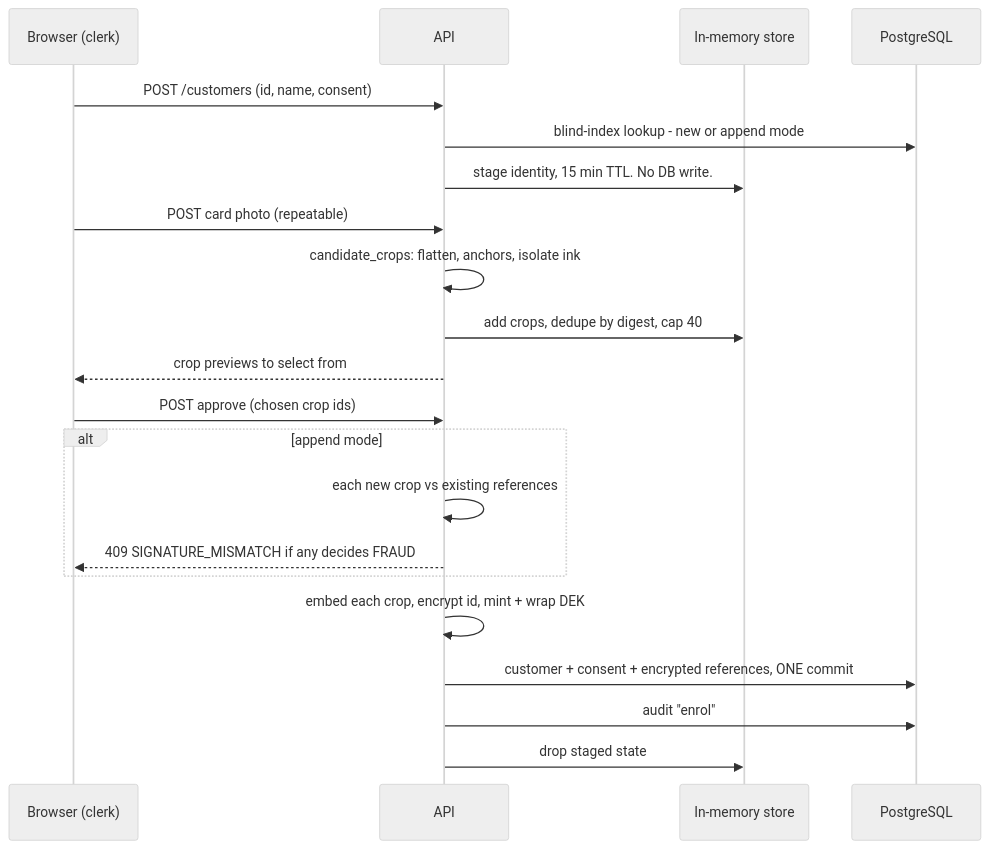
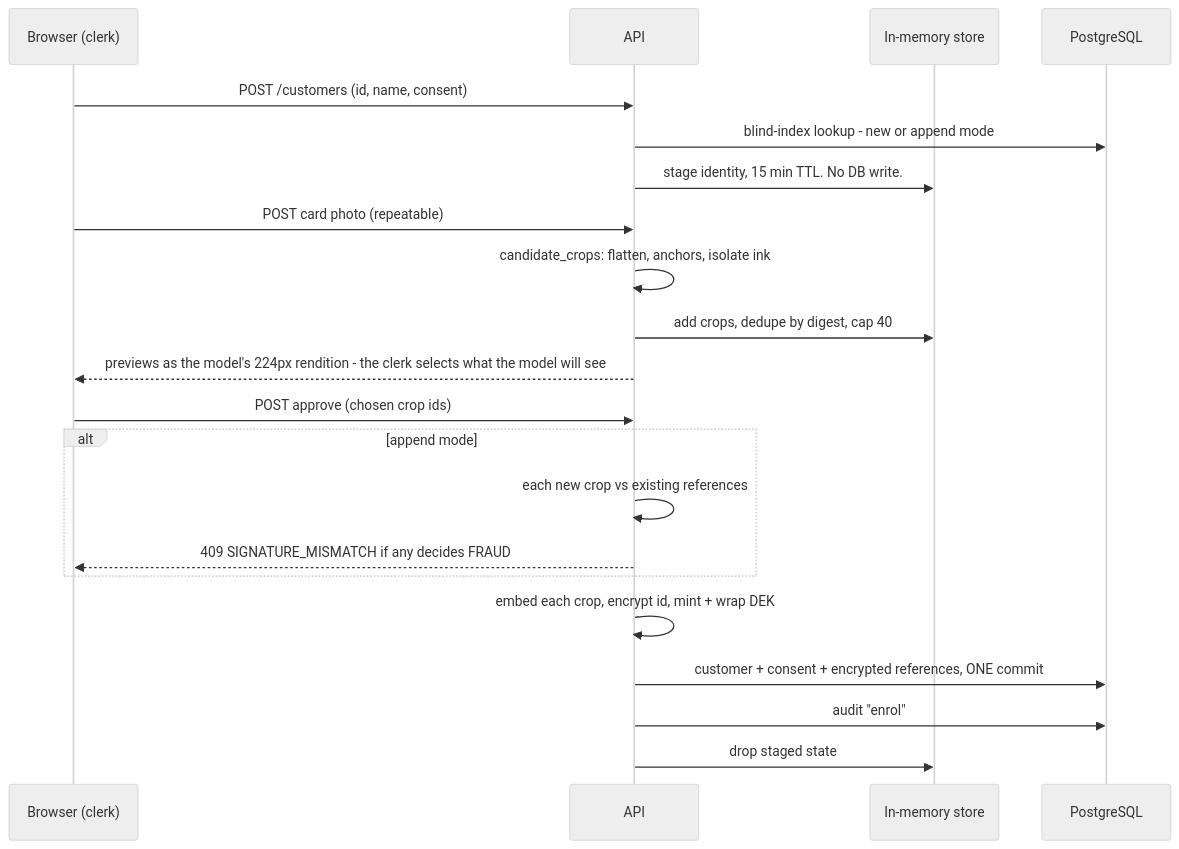
Before and after one commit to raz34900/SecureSign: the fifth of 7 diagrams in ARCHITECTURE.md, drawn with Mermaid (neutral theme). The commit also changed other lines of this file and 2 other files, not shown here.

````diff
--- a/ARCHITECTURE.md
+++ b/ARCHITECTURE.md
@@ -207,23 +213,23 @@
 ```mermaid
 sequenceDiagram
     participant B as Browser (clerk)
     participant A as API
     participant S as In-memory store
     participant D as PostgreSQL
     B->>A: POST /customers (id, name, consent)
     A->>D: blind-index lookup - new or append mode
     A->>S: stage identity, 15 min TTL. No DB write.
     B->>A: POST card photo (repeatable)
     A->>A: candidate_crops: flatten, anchors, isolate ink
     A->>S: add crops, dedupe by digest, cap 40
-    A-->>B: crop previews to select from
+    A-->>B: previews as the model's 224px rendition - the clerk selects what the model will see
     B->>A: POST approve (chosen crop ids)
     alt append mode
         A->>A: each new crop vs existing references
         A-->>B: 409 SIGNATURE_MISMATCH if any decides FRAUD
     end
     A->>A: embed each crop, encrypt id, mint + wrap DEK
     A->>D: customer + consent + encrypted references, ONE commit
     A->>D: audit "enrol"
     A->>S: drop staged state
 ```
````
